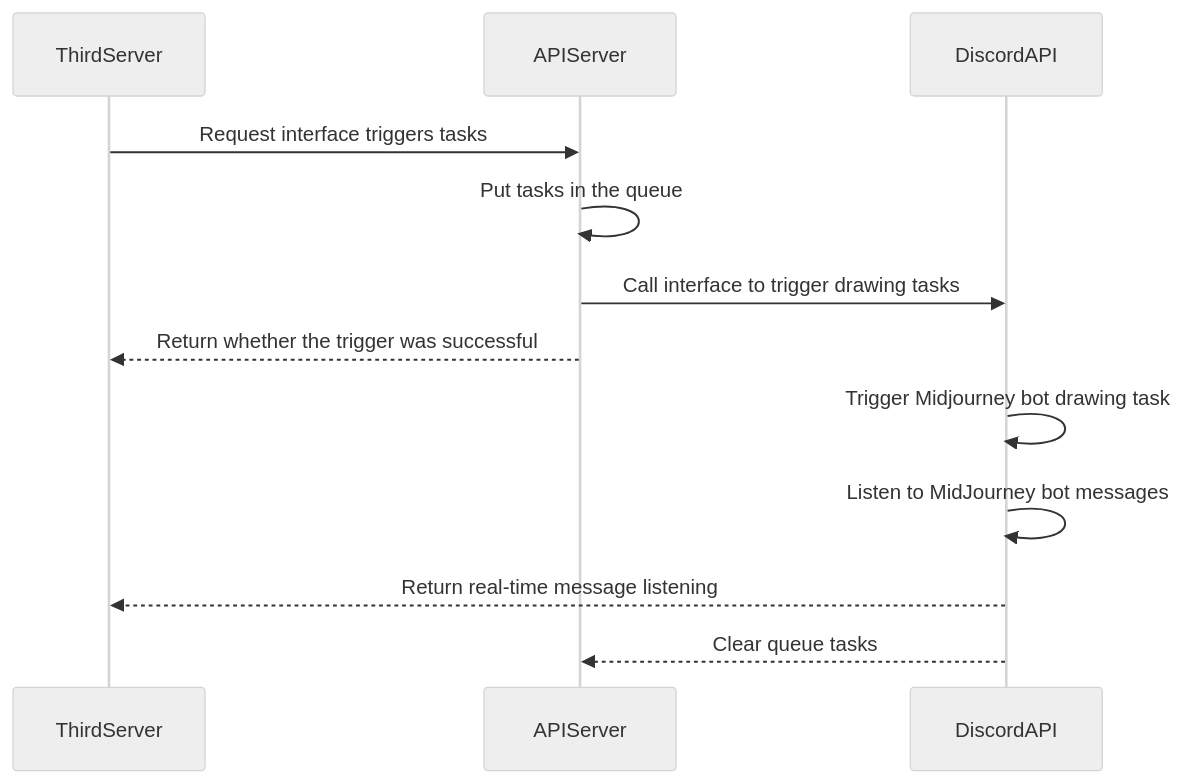
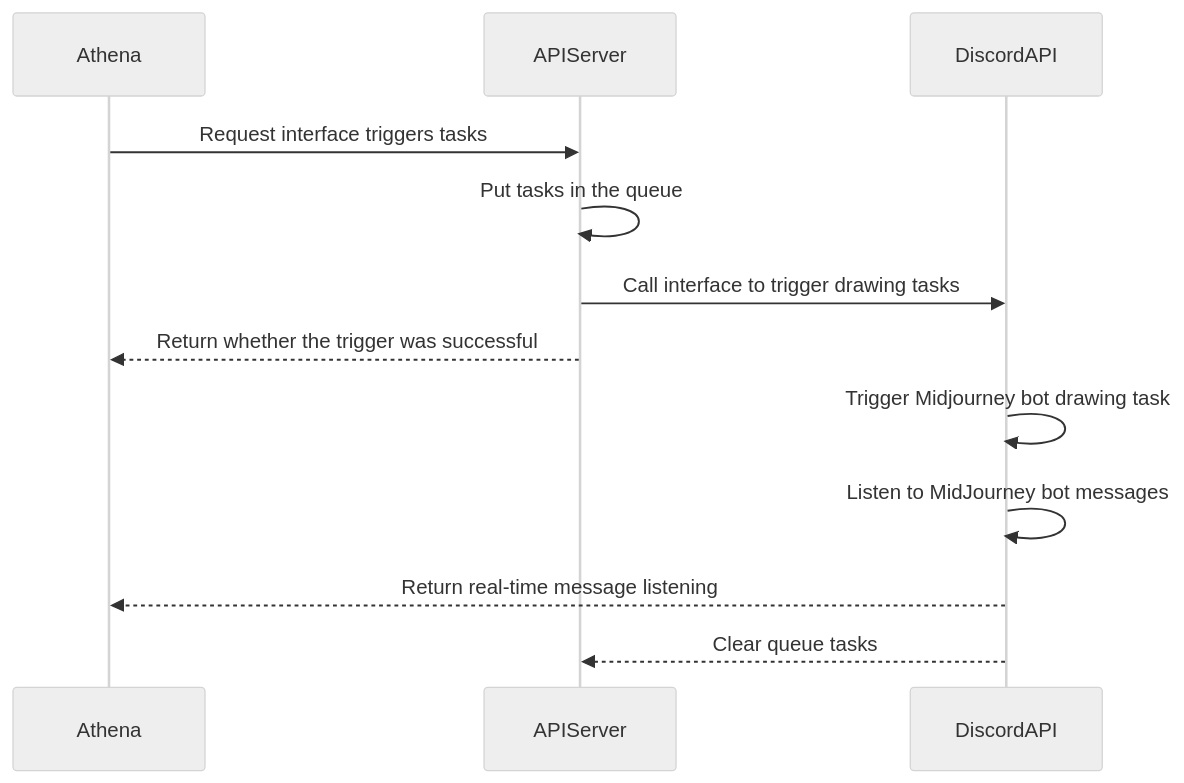
The diagram in README.md (PyramidDevelopers/midjourney-api), drawn with Mermaid (neutral theme) before and after one commit. The commit also changed other lines of this file and 55 other files, not shown here.

````diff
--- a/README.md
+++ b/README.md
@@ -11,16 +9,16 @@
 ```mermaid
 sequenceDiagram
-    participant ThirdServer
+    participant Athena
     participant APIServer
     participant DiscordAPI
 
-    ThirdServer->>APIServer: Request interface triggers tasks
+    Athena->>APIServer: Request interface triggers tasks
     APIServer->>APIServer: Put tasks in the queue
     APIServer->>DiscordAPI: Call interface to trigger drawing tasks
-    APIServer-->>ThirdServer: Return whether the trigger was successful
+    APIServer-->>Athena: Return whether the trigger was successful
 
     DiscordAPI->>DiscordAPI: Trigger Midjourney bot drawing task
     DiscordAPI->>DiscordAPI: Listen to MidJourney bot messages
-    DiscordAPI-->>ThirdServer: Return real-time message listening
+    DiscordAPI-->>Athena: Return real-time message listening
     DiscordAPI-->>APIServer: Clear queue tasks
 ```
````
